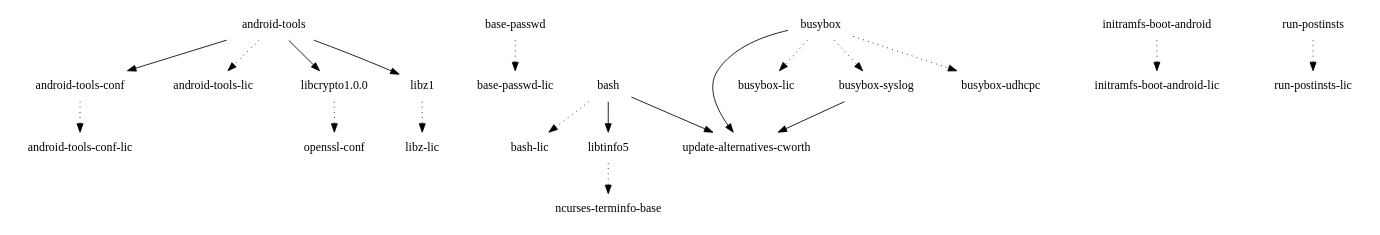
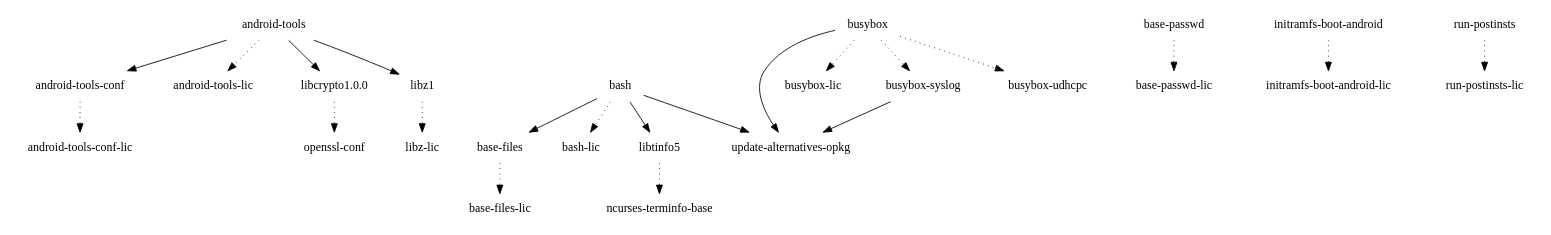
Before and after one commit to webOS-ports/buildhistory: the diagram in images/mako/eglibc/initramfs-android-image/depends-nokernel-nolibc.dot, drawn with Graphviz. The commit also changed 10 other files, not shown here.

```diff
--- a/images/mako/eglibc/initramfs-android-image/depends-nokernel-nolibc.dot
+++ b/images/mako/eglibc/initramfs-android-image/depends-nokernel-nolibc.dot
@@ -1,22 +1,24 @@
 digraph depends {
     node [shape=plaintext]
 "android-tools" -> "android-tools-conf";
 "android-tools" -> "android-tools-lic" [style=dotted];
 "android-tools" -> "libcrypto1.0.0";
 "android-tools" -> "libz1";
 "android-tools-conf" -> "android-tools-conf-lic" [style=dotted];
+"base-files" -> "base-files-lic" [style=dotted];
 "base-passwd" -> "base-passwd-lic" [style=dotted];
+"bash" -> "base-files";
 "bash" -> "bash-lic" [style=dotted];
 "bash" -> "libtinfo5";
-"bash" -> "update-alternatives-cworth";
+"bash" -> "update-alternatives-opkg";
 "busybox" -> "busybox-lic" [style=dotted];
 "busybox" -> "busybox-syslog" [style=dotted];
 "busybox" -> "busybox-udhcpc" [style=dotted];
-"busybox" -> "update-alternatives-cworth";
-"busybox-syslog" -> "update-alternatives-cworth";
+"busybox" -> "update-alternatives-opkg";
+"busybox-syslog" -> "update-alternatives-opkg";
 "initramfs-boot-android" -> "initramfs-boot-android-lic" [style=dotted];
 "libcrypto1.0.0" -> "openssl-conf" [style=dotted];
 "libtinfo5" -> "ncurses-terminfo-base" [style=dotted];
 "libz1" -> "libz-lic" [style=dotted];
 "run-postinsts" -> "run-postinsts-lic" [style=dotted];
 }
```
